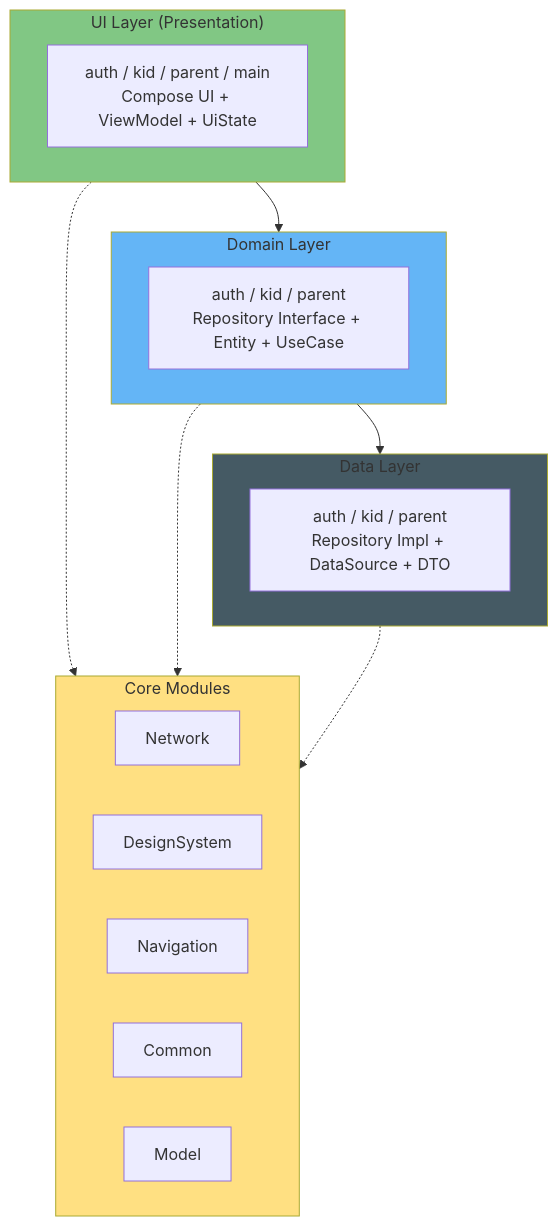
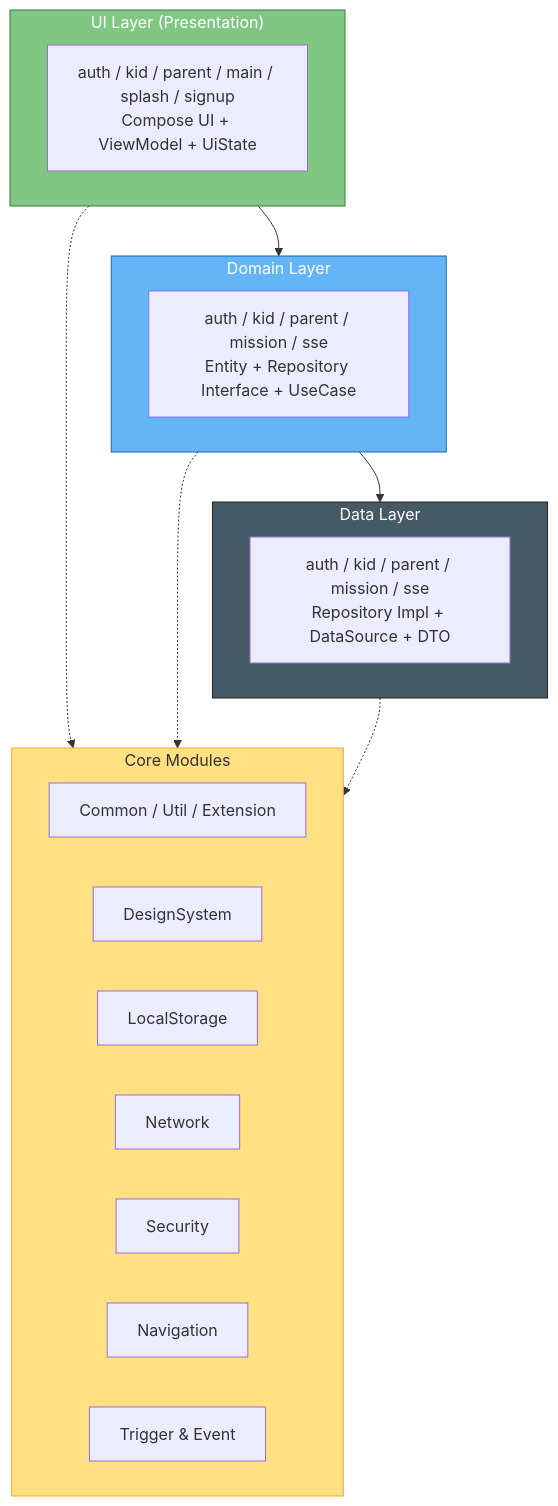
The diagram in README.md (Team-Kiero/Kiero-Android), drawn with Mermaid before and after one commit. The commit also changed other lines of this file, not shown here.

````diff
--- a/README.md
+++ b/README.md
@@ -93,35 +59,37 @@
 ```mermaid
 graph TB
     subgraph UI["UI Layer (Presentation)"]
-        P1[auth / kid / parent / main<br/>Compose UI + ViewModel + UiState]
+        P1[auth / kid / parent / main / splash / signup<br/>Compose UI + ViewModel + UiState]
     end
 
     subgraph Domain["Domain Layer"]
-        D1[auth / kid / parent<br/>Repository Interface + Entity + UseCase]
+        D1[auth / kid / parent / mission / sse<br/>Entity + Repository Interface + UseCase]
     end
 
     subgraph Data["Data Layer"]
-        DA1[auth / kid / parent<br/>Repository Impl + DataSource + DTO]
+        DA1[auth / kid / parent / mission / sse<br/>Repository Impl + DataSource + DTO]
     end
 
     subgraph Core["Core Modules"]
         direction LR
+        CC[Common / Util / Extension]
+        CD[DesignSystem]
+        CL[LocalStorage]
         CN[Network]
-        CD[DesignSystem]
+        CS[Security]
         CNV[Navigation]
-        CC[Common]
-        CM[Model]
+        CT[Trigger & Event]
     end
 
     UI --> Domain
     Domain --> Data
     
     UI -.-> Core
     Domain -.-> Core
     Data -.-> Core
 
-    style UI fill:#81C784
-    style Domain fill:#64B5F6
-    style Data fill:#455A64
-    style Core fill:#FFE082
+    style UI fill:#81C784,stroke:#2E7D32,color:#fff
+    style Domain fill:#64B5F6,stroke:#1565C0,color:#fff
+    style Data fill:#455A64,stroke:#212121,color:#fff
+    style Core fill:#FFE082,stroke:#F9A825,color:#333
 ```
````
